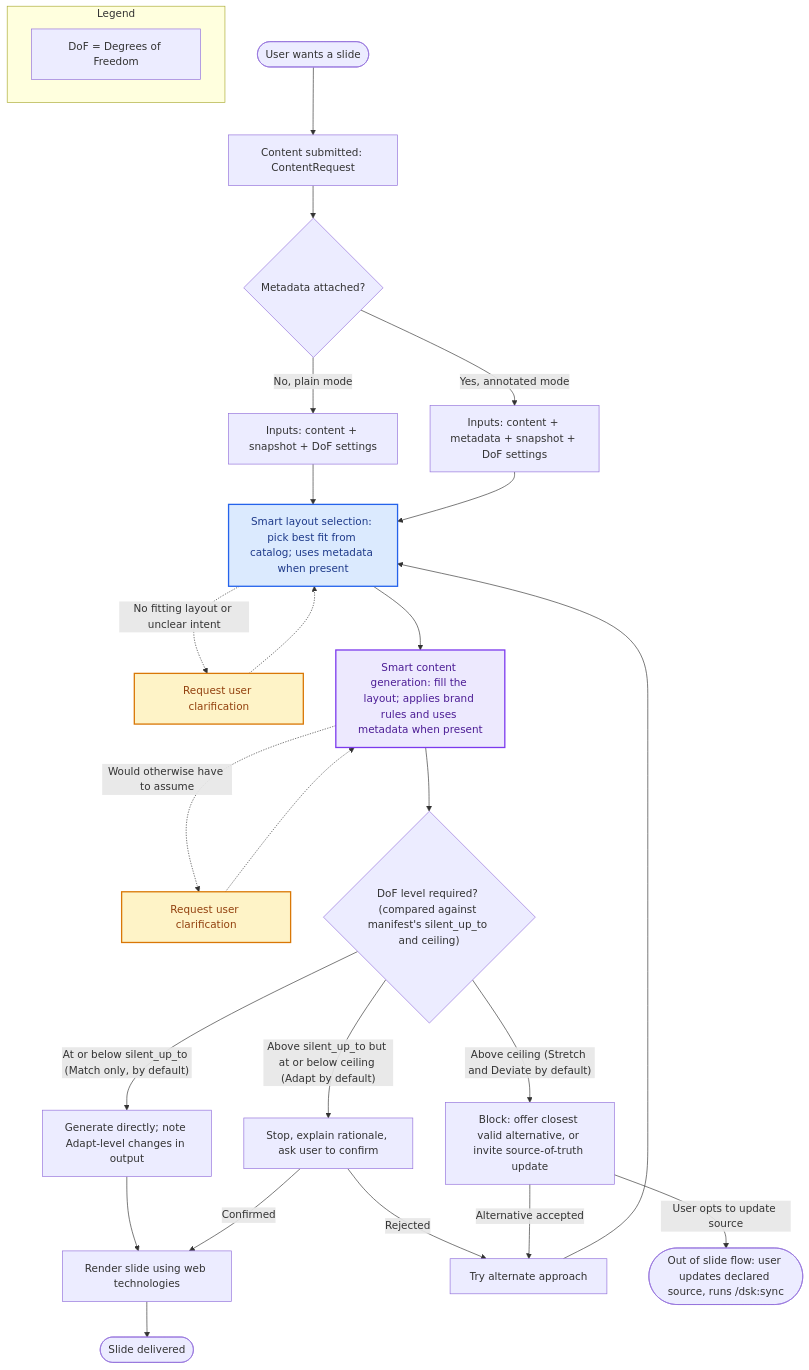
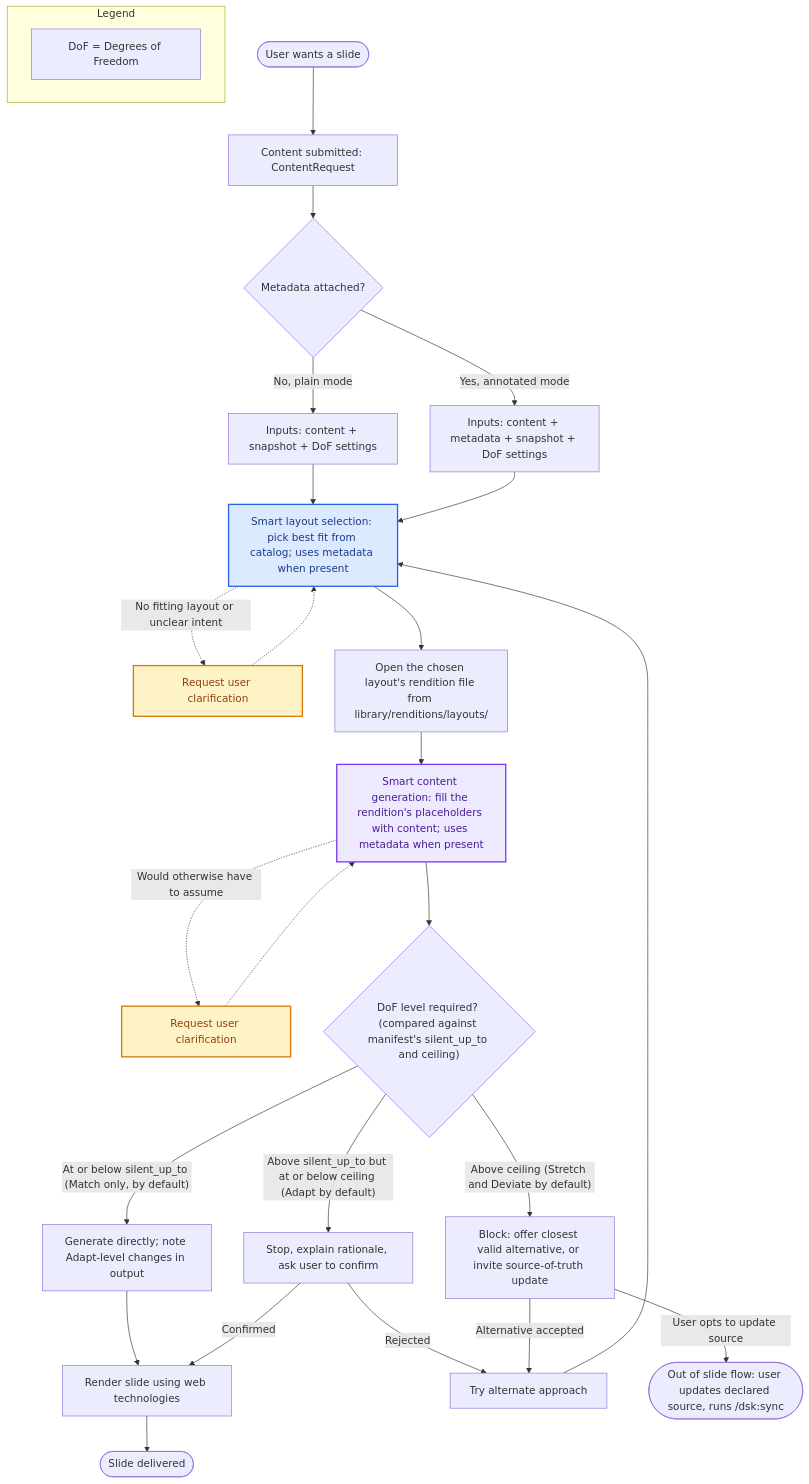
The third of 4 diagrams in dsk/skills/context/lifecycles.md (dawid-dahl-umain/design-system-kernel), drawn with Mermaid before and after one commit. The commit also changed other lines of this file and 7 other files, not shown here.

Commit message:
Introduce renditions as a first-class build output: web-rendered layouts/examples reused by compose, with pause-for-design-system input when no design system is available (bump 0.2.0)

````diff
--- a/dsk/skills/context/lifecycles.md
+++ b/dsk/skills/context/lifecycles.md
@@ -86,36 +93,37 @@
 ```mermaid
 flowchart TD
     Start([User wants a slide]) --> Submit[Content submitted: ContentRequest]
     Submit --> Branch{Metadata attached?}
     Branch -->|No, plain mode| Plain[Inputs: content + snapshot + DoF settings]
     Branch -->|Yes, annotated mode| Annotated[Inputs: content + metadata + snapshot + DoF settings]
     Plain --> SmartPick[Smart layout selection: pick best fit from catalog; uses metadata when present]
     Annotated --> SmartPick
     SmartPick -.->|No fitting layout or unclear intent| ClarifyPick[Request user clarification]
     ClarifyPick -.-> SmartPick
-    SmartPick --> SmartGen[Smart content generation: fill the layout; applies brand rules and uses metadata when present]
+    SmartPick --> OpenRendition[Open the chosen layout's rendition file from library/renditions/layouts/]
+    OpenRendition --> SmartGen[Smart content generation: fill the rendition's placeholders with content; uses metadata when present]
     SmartGen -.->|Would otherwise have to assume| ClarifyGen[Request user clarification]
     ClarifyGen -.-> SmartGen
     SmartGen --> Decide{"DoF level required? (compared against manifest's silent_up_to and ceiling)"}
     Decide -->|"At or below silent_up_to (Match only, by default)"| Silent[Generate directly; note Adapt-level changes in output]
     Decide -->|"Above silent_up_to but at or below ceiling (Adapt by default)"| Confirm[Stop, explain rationale, ask user to confirm]
     Decide -->|"Above ceiling (Stretch and Deviate by default)"| Block[Block: offer closest valid alternative, or invite source-of-truth update]
     Silent --> Output[Render slide using web technologies]
     Confirm -->|Confirmed| Output
     Confirm -->|Rejected| Rework[Try alternate approach]
     Block -->|Alternative accepted| Rework
     Block -->|User opts to update source| OutOfFlow([Out of slide flow: user updates declared source, runs /dsk:sync])
     Rework --> SmartPick
     Output --> Done([Slide delivered])
 
     subgraph Legend
         DoFNote["DoF = Degrees of Freedom"]
     end
 
     classDef smartPick fill:#dbeafe,stroke:#2563eb,stroke-width:2px,color:#1e3a8a
     classDef smartGen  fill:#ede9fe,stroke:#7c3aed,stroke-width:2px,color:#4c1d95
     classDef clarify   fill:#fef3c7,stroke:#d97706,stroke-width:2px,color:#92400e
     class SmartPick smartPick
     class SmartGen smartGen
     class ClarifyPick,ClarifyGen clarify
 ```
````
